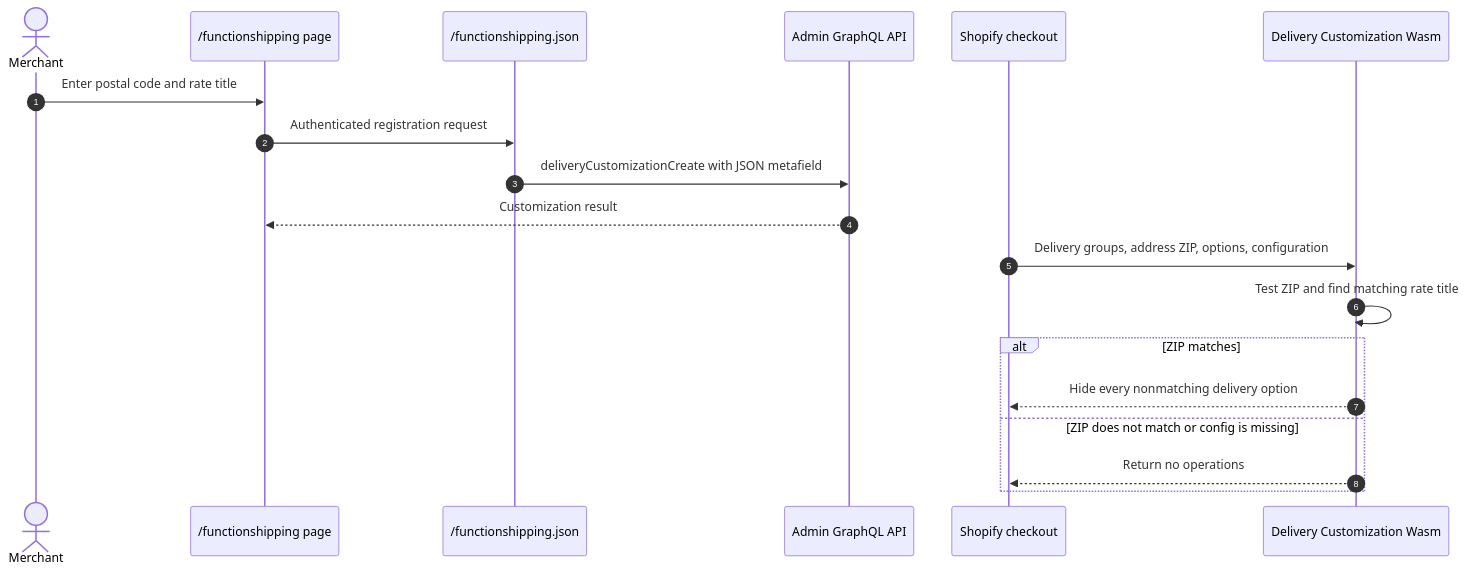
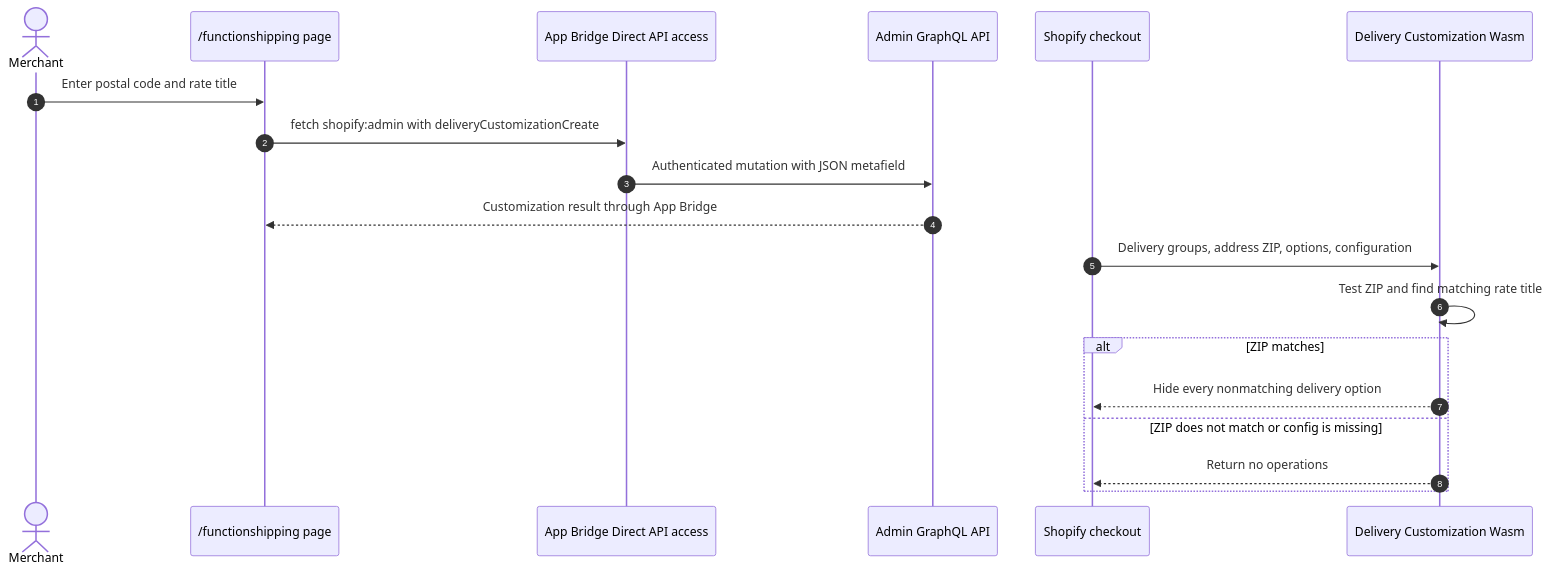
One commit to benzookapi/shopify-barebone-app-sample changed the diagram in docs/functionshipping.md. Above: the diagram before and after it, drawn with Mermaid. The commit also changed other lines of this file and 29 other files, not shown here.

First line of the commit message:
Codex/adminlink direct api access (#2)

````diff
--- a/docs/functionshipping.md
+++ b/docs/functionshipping.md
@@ -15,22 +15,22 @@
 ```mermaid
 sequenceDiagram
     autonumber
     actor Merchant
     participant UI as /functionshipping page
-    participant App as /functionshipping.json
+    participant Bridge as App Bridge Direct API access
     participant AdminAPI as Admin GraphQL API
     participant Checkout as Shopify checkout
     participant Function as Delivery Customization Wasm
 
     Merchant->>UI: Enter postal code and rate title
-    UI->>App: Authenticated registration request
-    App->>AdminAPI: deliveryCustomizationCreate with JSON metafield
-    AdminAPI-->>UI: Customization result
+    UI->>Bridge: fetch shopify:admin with deliveryCustomizationCreate
+    Bridge->>AdminAPI: Authenticated mutation with JSON metafield
+    AdminAPI-->>UI: Customization result through App Bridge
     Checkout->>Function: Delivery groups, address ZIP, options, configuration
     Function->>Function: Test ZIP and find matching rate title
     alt ZIP matches
         Function-->>Checkout: Hide every nonmatching delivery option
     else ZIP does not match or config is missing
         Function-->>Checkout: Return no operations
     end
 ```
````
